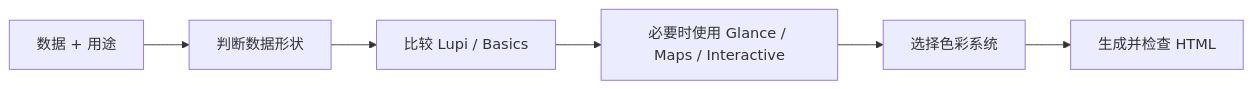
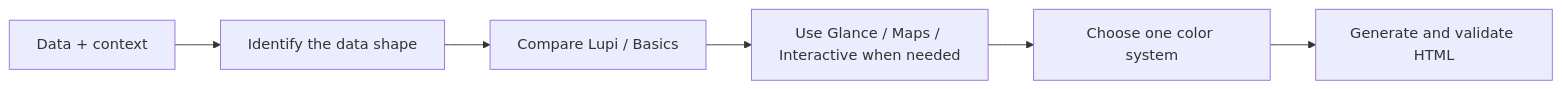
The diagram in README.md (chenjieliefu/chartloom), drawn with Mermaid before and after one commit. The commit also changed other lines of this file and 2 other files, not shown here.

````diff
--- a/README.md
+++ b/README.md
@@ -39,8 +39,8 @@
 ```mermaid
 flowchart LR
-    A["数据 + 用途"] --> B["判断数据形状"]
-    B --> C["比较 Lupi / Basics"]
-    C --> D["必要时使用 Glance / Maps / Interactive"]
-    D --> E["选择色彩系统"]
-    E --> F["生成并检查 HTML"]
+    A["Data + context"] --> B["Identify the data shape"]
+    B --> C["Compare Lupi / Basics"]
+    C --> D["Use Glance / Maps / Interactive when needed"]
+    D --> E["Choose one color system"]
+    E --> F["Generate and validate HTML"]
 ```
````
